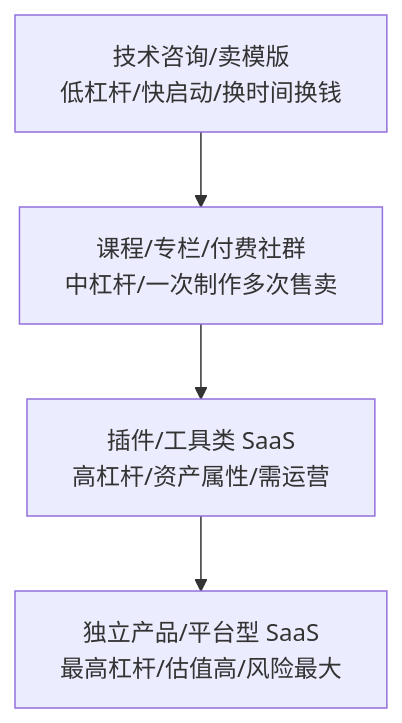
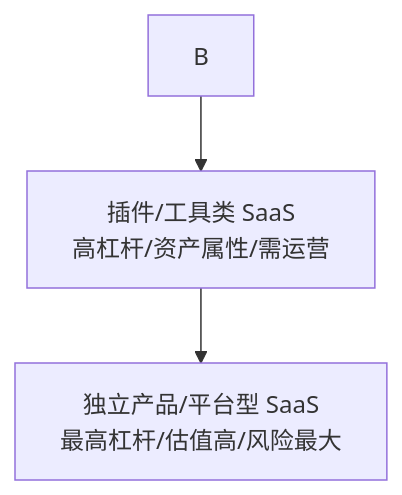
Before and after one commit to OpenDocCN1/flygon-zhuanqian-zhoubao: the second of 3 diagrams in docs/202304_paper2textbook/asset/body_a8c40a472fc558b8dbdd133bda986814_6cebd8ddb41ee8e8ec438ff6e1fc969f_d751713988987e9331980363e24189ce_3c59dc048e8850243be8079a5c74d079.md, drawn with Mermaid. The commit also changed other lines of this file and 14991 other files, not shown here.

````diff
--- a/docs/202304_paper2textbook/asset/body_a8c40a472fc558b8dbdd133bda986814_6cebd8ddb41ee8e8ec438ff6e1fc969f_d751713988987e9331980363e24189ce_3c59dc048e8850243be8079a5c74d079.md
+++ b/docs/202304_paper2textbook/asset/body_a8c40a472fc558b8dbdd133bda986814_6cebd8ddb41ee8e8ec438ff6e1fc969f_d751713988987e9331980363e24189ce_3c59dc048e8850243be8079a5c74d079.md
@@ -208,6 +209,5 @@
 ```mermaid
 graph TD
-    A[技术咨询/卖模版<br/>低杠杆/快启动/换时间换钱] --> B[课程/专栏/付费社群<br/>中杠杆/一次制作多次售卖]
     B --> C[插件/工具类 SaaS<br/>高杠杆/资产属性/需运营]
     C --> D[独立产品/平台型 SaaS<br/>最高杠杆/估值高/风险最大]
 ```
````
